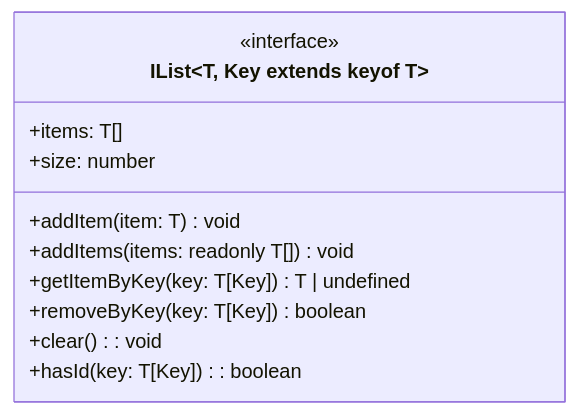
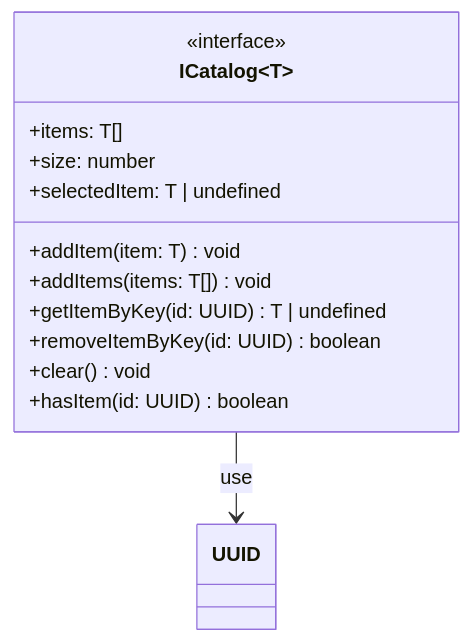
One commit to vvk2020/weblarek changed the eighth of 15 diagrams in README.md. Above: the diagram before and after it, drawn with Mermaid. The commit also changed other lines of this file and 5 other files, not shown here.

````diff
--- a/README.md
+++ b/README.md
@@ -375,14 +358,17 @@
 ```mermaid
 classDiagram
-    class IList~T, Key extends keyof T~ {
+    class ICatalog~T~ {
         <<interface>>
         +items: T[]
         +size: number
+        +selectedItem: T | undefined
         +addItem(item: T) void
-        +addItems(items: readonly T[]) void
-        +getItemByKey(key: T[Key]) T | undefined
-        +removeByKey(key: T[Key]) boolean
-        +clear(): void
-        +hasId(key: T[Key]): boolean
+        +addItems(items: T[]) void
+        +getItemByKey(id: UUID) T | undefined
+        +removeItemByKey(id: UUID) boolean
+        +clear() void
+        +hasItem(id: UUID) boolean
     }
+
+    ICatalog --> UUID : use
 ```
````
